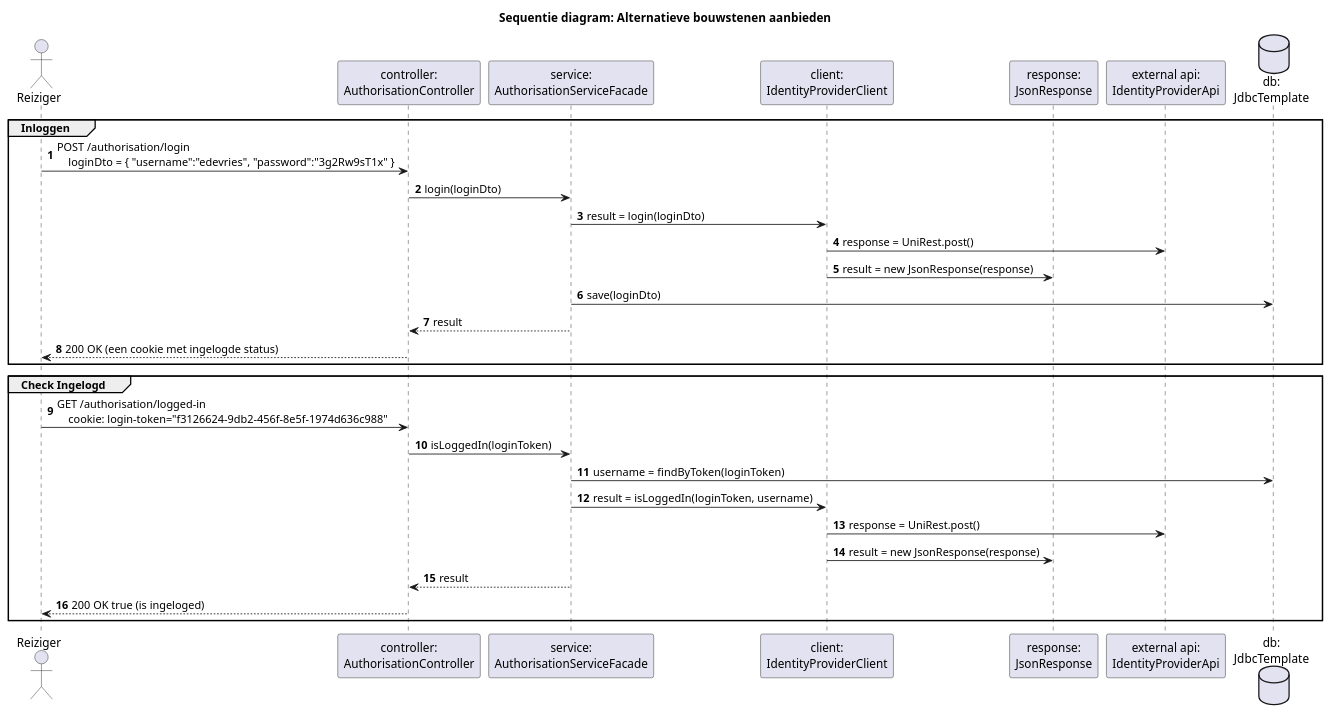
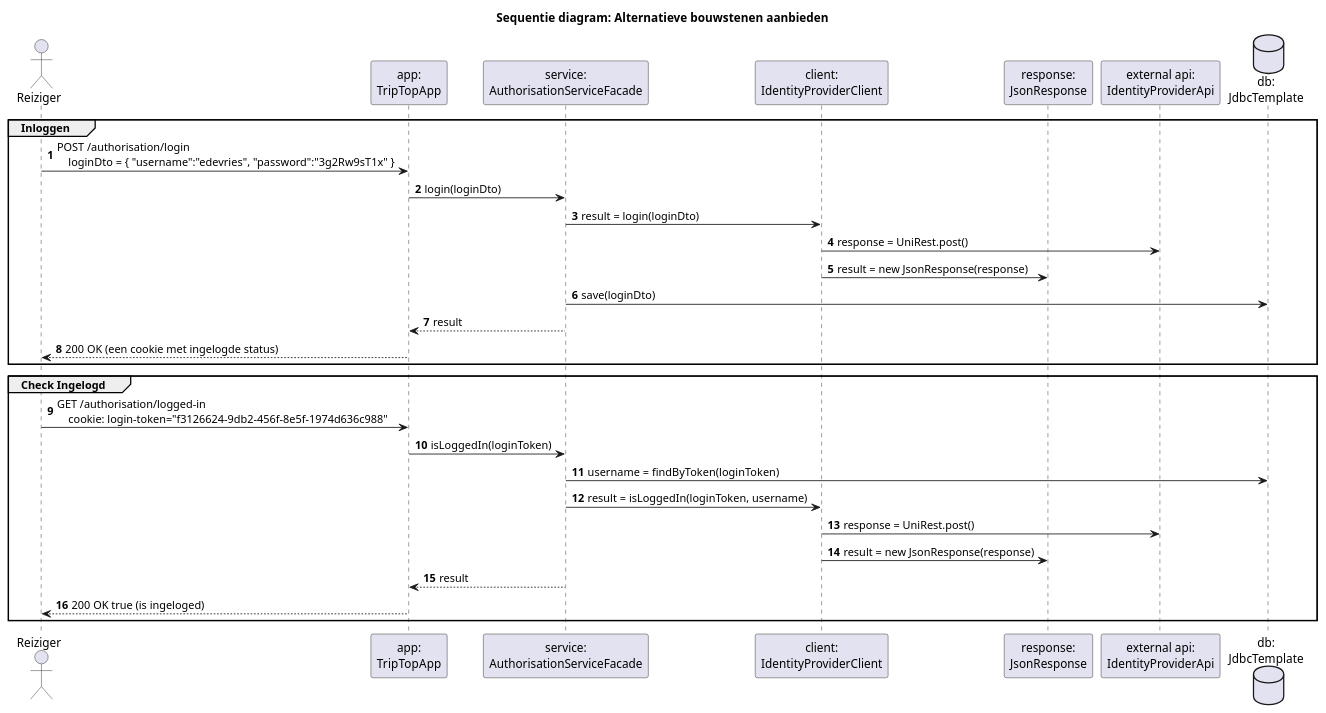
Before and after one commit to AIM-ENE-feb25/triptop-groep-b3: the diagram in software-guidebook/login-sequence-diagram.puml, drawn with PlantUML. The commit also changed 1 other file, not shown here.

Commit message:
sequence diagram controller aangepast naar app

```diff
--- a/software-guidebook/login-sequence-diagram.puml
+++ b/software-guidebook/login-sequence-diagram.puml
@@ -1,45 +1,45 @@
 @startuml
 title Sequentie diagram: Alternatieve bouwstenen aanbieden
 
 actor Reiziger
 
 autonumber
 
-participant controller as "controller:\nAuthorisationController"
+participant app as "app:\nTripTopApp"
 participant service as "service:\nAuthorisationServiceFacade"
 participant client as "client:\nIdentityProviderClient"
 participant response as "response:\nJsonResponse"
 participant api as "external api:\nIdentityProviderApi"
 database database as "db:\nJdbcTemplate"
 
 group Inloggen
-Reiziger -> controller: POST /authorisation/login \n\
+Reiziger -> app: POST /authorisation/login \n\
     loginDto = { "username":"edevries", "password":"3g2Rw9sT1x" }
 
-controller -> service: login(loginDto)
+app -> service: login(loginDto)
 service -> client: result = login(loginDto)
 client -> api: response = UniRest.post()
 client -> response: result = new JsonResponse(response)
 service -> database: save(loginDto)
-service --> controller: result
-controller --> Reiziger: 200 OK (een cookie met ingelogde status)
+service --> app: result
+app --> Reiziger: 200 OK (een cookie met ingelogde status)
 
 end
 
 group Check Ingelogd
 
-Reiziger -> controller: GET /authorisation/logged-in \n\
+Reiziger -> app: GET /authorisation/logged-in \n\
     cookie: login-token="f3126624-9db2-456f-8e5f-1974d636c988"
 
-controller -> service: isLoggedIn(loginToken)
+app -> service: isLoggedIn(loginToken)
 service -> database: username = findByToken(loginToken)
 service -> client: result = isLoggedIn(loginToken, username)
 client -> api: response = UniRest.post()
 client -> response: result = new JsonResponse(response)
-service --> controller: result
-controller --> Reiziger: 200 OK true (is ingeloged)
+service --> app: result
+app --> Reiziger: 200 OK true (is ingeloged)
 
 
 end
 
 @enduml
```
